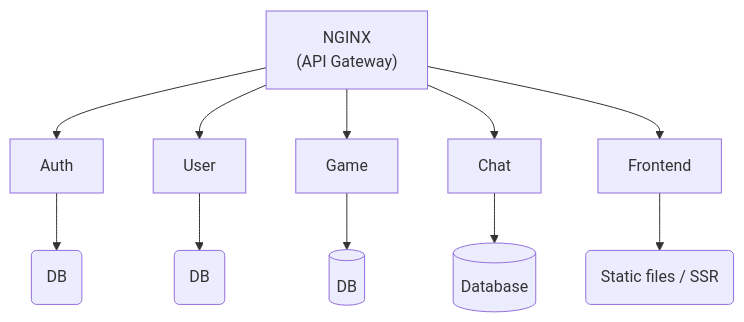
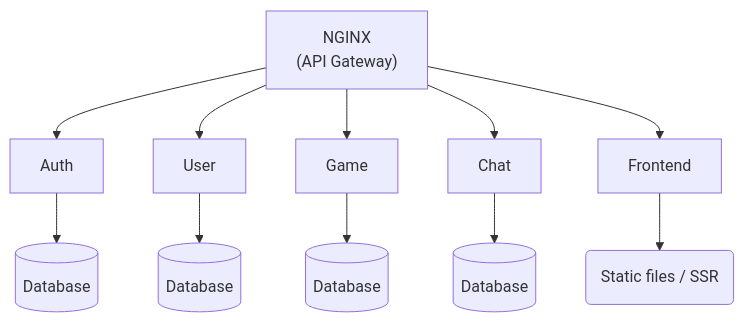
Before and after one commit to ccg-v/ft_transcendence: the diagram in docs/00_MODULE_SELECTION _+_MICROSERVICES_BREAKDOWN.md, drawn with Mermaid.

Commit message:
Documentation stuff

````diff
--- a/docs/00_MODULE_SELECTION _+_MICROSERVICES_BREAKDOWN.md
+++ b/docs/00_MODULE_SELECTION _+_MICROSERVICES_BREAKDOWN.md
@@ -3,9 +3,9 @@
 ```mermaid
 graph TD;
     NGINX["`NGINX
-    (API Gateway)`"]-->Auth-->A("DB");
-    NGINX-->User-->B("DB");
-   	NGINX-->Game-->C[(DB)];
+    (API Gateway)`"]-->Auth-->A[("Database")];
+    NGINX-->User-->B[("Database")];
+   	NGINX-->Game-->C[(Database)];
    	NGINX-->Chat--> D[(Database)];
     NGINX-->Frontend-->E("Static files / SSR");
 ```
````
